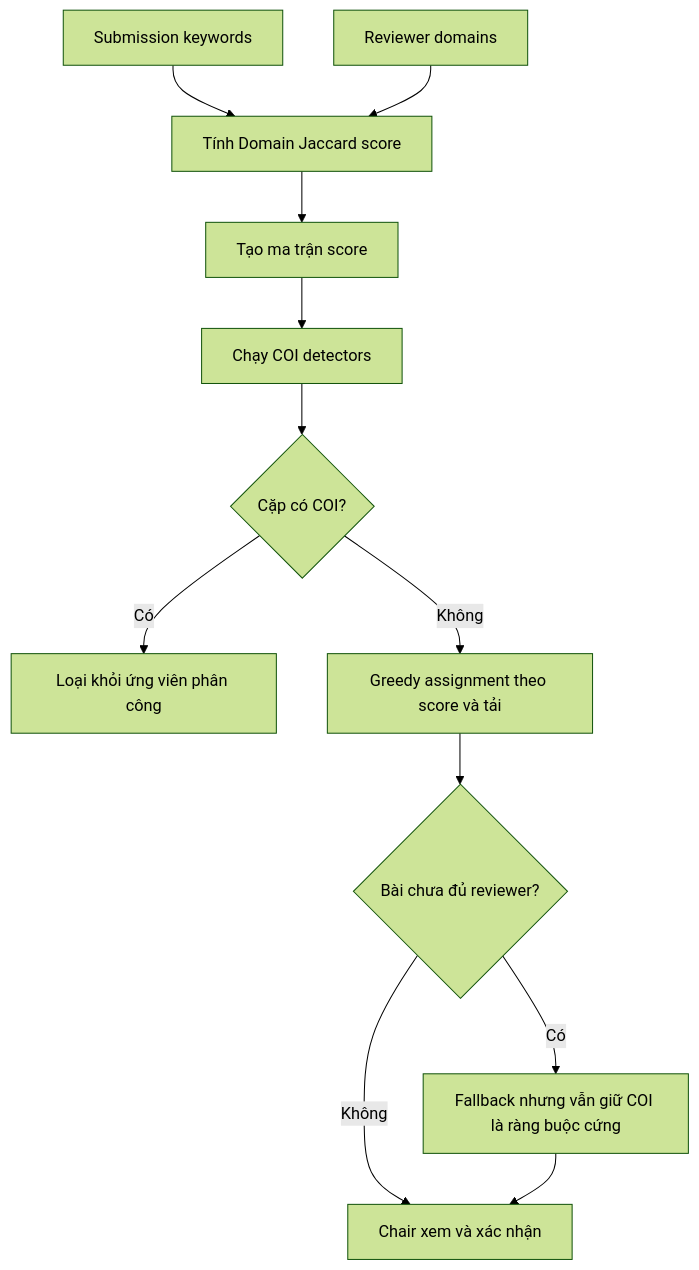
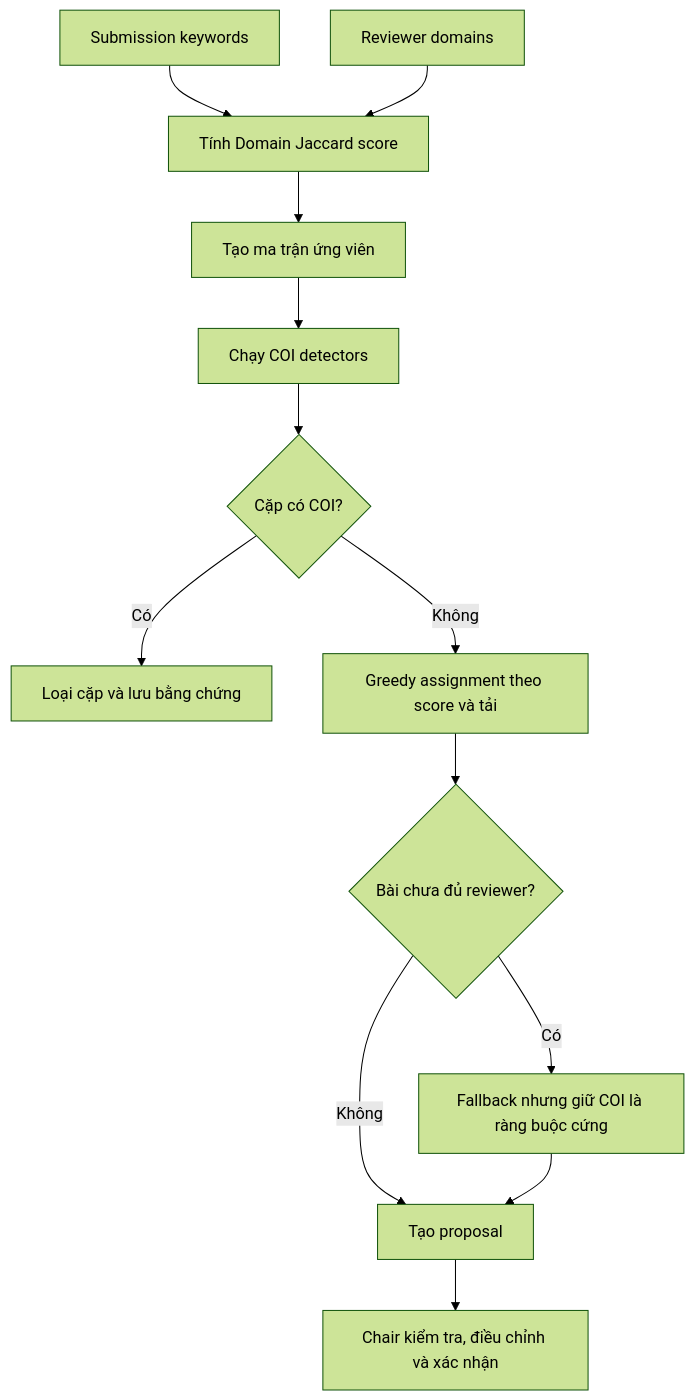
The ninth of 33 diagrams in docs/report/compiled/final_combined/03-xay-dung-he-thong.md (5CLCsCan/ConferenceSpace), drawn with Mermaid (forest theme) before and after one commit. The commit also changed other lines of this file, not shown here.

````diff
--- a/docs/report/compiled/final_combined/03-xay-dung-he-thong.md
+++ b/docs/report/compiled/final_combined/03-xay-dung-he-thong.md
@@ -171,14 +457,15 @@
 ```mermaid
 flowchart TD
     A["Submission keywords"] --> C["Tính Domain Jaccard score"]
     B["Reviewer domains"] --> C
-    C --> D["Tạo ma trận score"]
+    C --> D["Tạo ma trận ứng viên"]
     D --> E["Chạy COI detectors"]
     E --> F{"Cặp có COI?"}
-    F -- "Có" --> G["Loại khỏi ứng viên phân công"]
+    F -- "Có" --> G["Loại cặp và lưu bằng chứng"]
     F -- "Không" --> H["Greedy assignment theo score và tải"]
     H --> I{"Bài chưa đủ reviewer?"}
-    I -- "Có" --> J["Fallback nhưng vẫn giữ COI là ràng buộc cứng"]
-    I -- "Không" --> K["Chair xem và xác nhận"]
+    I -- "Có" --> J["Fallback nhưng giữ COI là ràng buộc cứng"]
+    I -- "Không" --> K["Tạo proposal"]
     J --> K
+    K --> L["Chair kiểm tra, điều chỉnh và xác nhận"]
 ```
````
